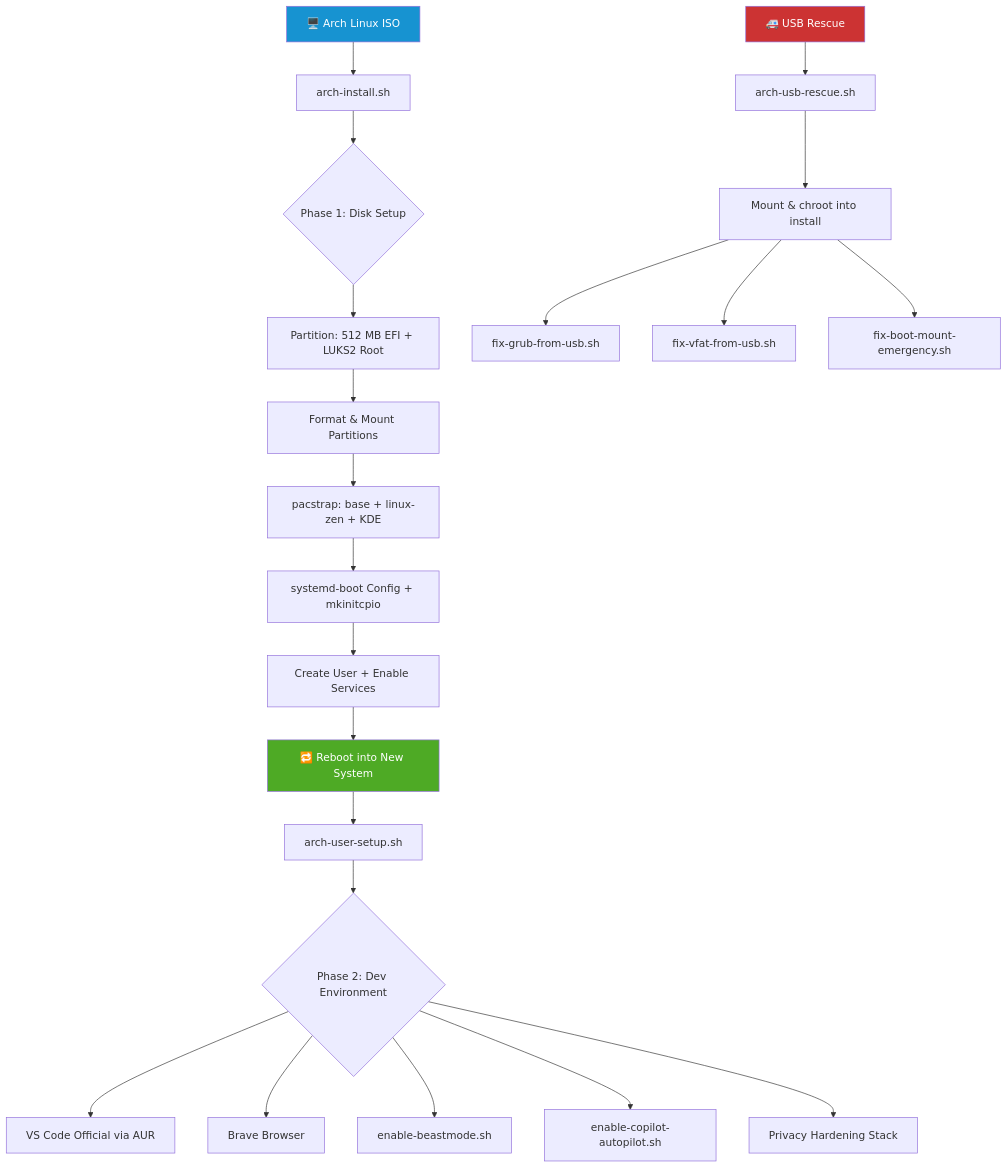
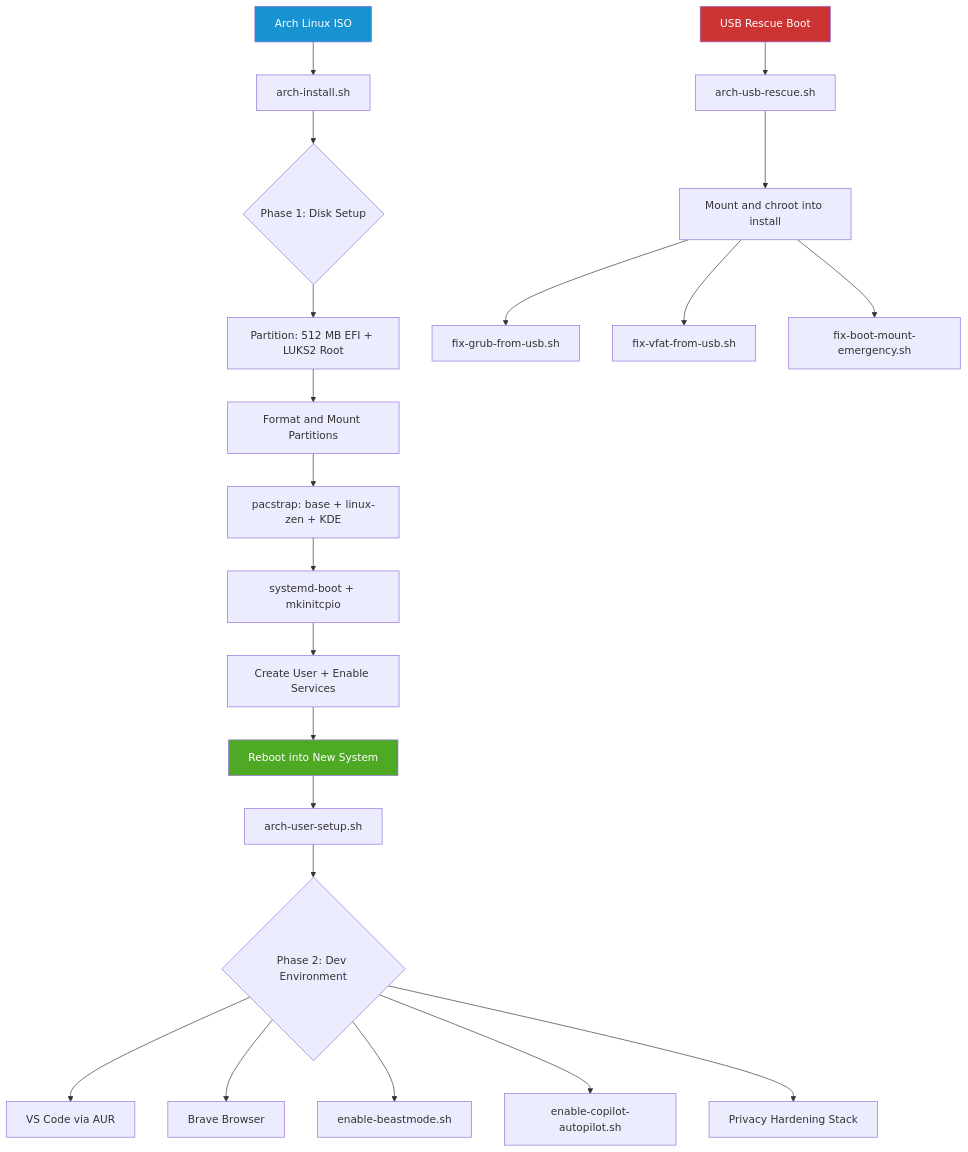
The first of 4 diagrams in README.md (hkevin01/arch-custom), drawn with Mermaid before and after one commit. The commit also changed other lines of this file, not shown here.

First line of the commit message:
docs: fix Mermaid rendering errors and expand OS configuration sections

````diff
--- a/README.md
+++ b/README.md
@@ -83,29 +94,29 @@
 ```mermaid
 flowchart TD
-    A[🖥️ Arch Linux ISO] --> B[arch-install.sh]
+    A[Arch Linux ISO] --> B[arch-install.sh]
     B --> C{Phase 1: Disk Setup}
     C --> D[Partition: 512 MB EFI + LUKS2 Root]
-    D --> E[Format & Mount Partitions]
+    D --> E[Format and Mount Partitions]
     E --> F[pacstrap: base + linux-zen + KDE]
-    F --> G[systemd-boot Config + mkinitcpio]
+    F --> G[systemd-boot + mkinitcpio]
     G --> H[Create User + Enable Services]
-    H --> I[🔁 Reboot into New System]
+    H --> I[Reboot into New System]
 
     I --> J[arch-user-setup.sh]
     J --> K{Phase 2: Dev Environment}
-    K --> L[VS Code Official via AUR]
+    K --> L[VS Code via AUR]
     K --> M[Brave Browser]
     K --> N[enable-beastmode.sh]
     K --> O[enable-copilot-autopilot.sh]
     K --> P[Privacy Hardening Stack]
 
-    Q[🚑 USB Rescue] --> R[arch-usb-rescue.sh]
-    R --> S[Mount & chroot into install]
+    Q[USB Rescue Boot] --> R[arch-usb-rescue.sh]
+    R --> S[Mount and chroot into install]
     S --> T[fix-grub-from-usb.sh]
     S --> U[fix-vfat-from-usb.sh]
     S --> V[fix-boot-mount-emergency.sh]
 
     style A fill:#1793D1,color:#fff
     style I fill:#4EAA25,color:#fff
     style Q fill:#cc3333,color:#fff
 ```
````
